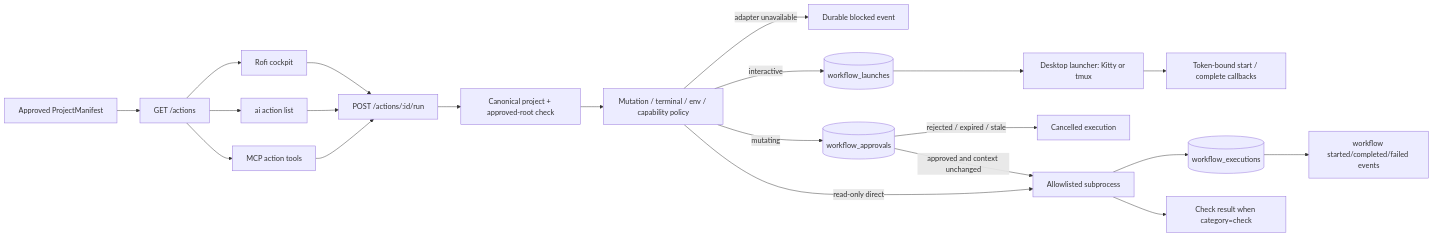
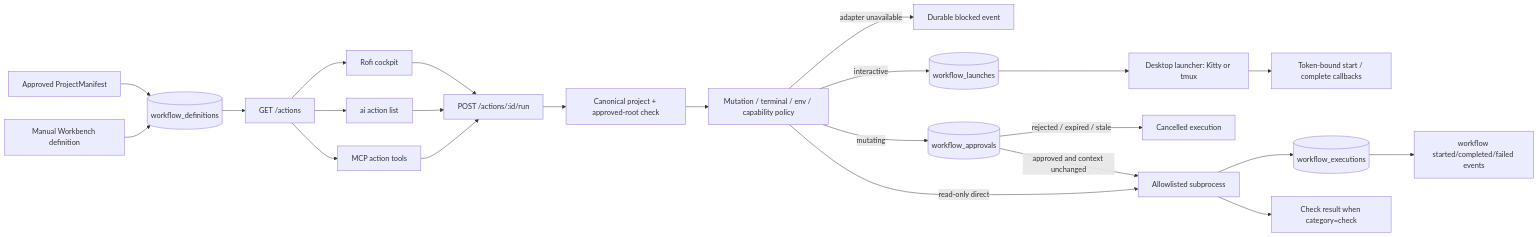
Before and after one commit to namikofficial/ai: the diagram in docs/WORKFLOW_EXECUTION.md, drawn with Mermaid. The commit also changed other lines of this file and 12 other files, not shown here.

Commit message:
feat: implement workflow definitions management with CRUD operations and validation

````diff
--- a/docs/WORKFLOW_EXECUTION.md
+++ b/docs/WORKFLOW_EXECUTION.md
@@ -14,23 +19,25 @@
 ```mermaid
 flowchart LR
-  Manifest[Approved ProjectManifest] --> Actions[GET /actions]
+  Manifest[Approved ProjectManifest] --> Definitions[(workflow_definitions)]
+  Manual[Manual Workbench definition] --> Definitions
+  Definitions --> Actions[GET /actions]
   Actions --> Rofi[Rofi cockpit]
   Actions --> CLI[ai action list]
   Actions --> MCP[MCP action tools]
   Rofi --> Run[POST /actions/:id/run]
   CLI --> Run
   MCP --> Run
   Run --> Scope[Canonical project + approved-root check]
   Scope --> Policy[Mutation / terminal / env / capability policy]
   Policy -->|adapter unavailable| Audit[Durable blocked event]
   Policy -->|mutating| Approval[(workflow_approvals)]
   Approval -->|approved and context unchanged| Exec
   Approval -->|rejected / expired / stale| Cancelled[Cancelled execution]
   Policy -->|read-only direct| Exec[Allowlisted subprocess]
   Policy -->|interactive| Launch[(workflow_launches)]
   Launch --> Desktop[Desktop launcher: Kitty or tmux]
   Desktop --> Lifecycle[Token-bound start / complete callbacks]
   Exec --> DB[(workflow_executions)]
   Exec --> Check[Check result when category=check]
   DB --> Events[workflow started/completed/failed events]
 ```
````
